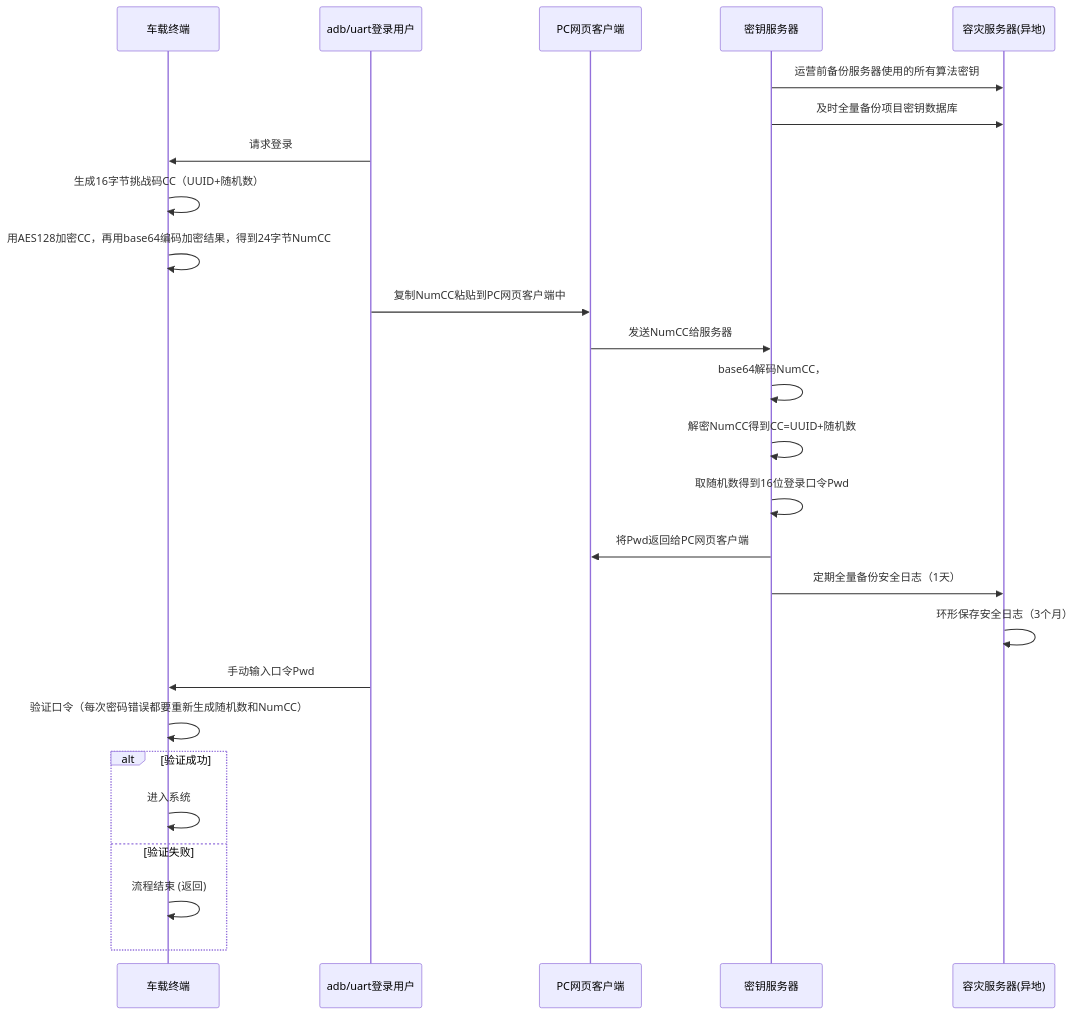
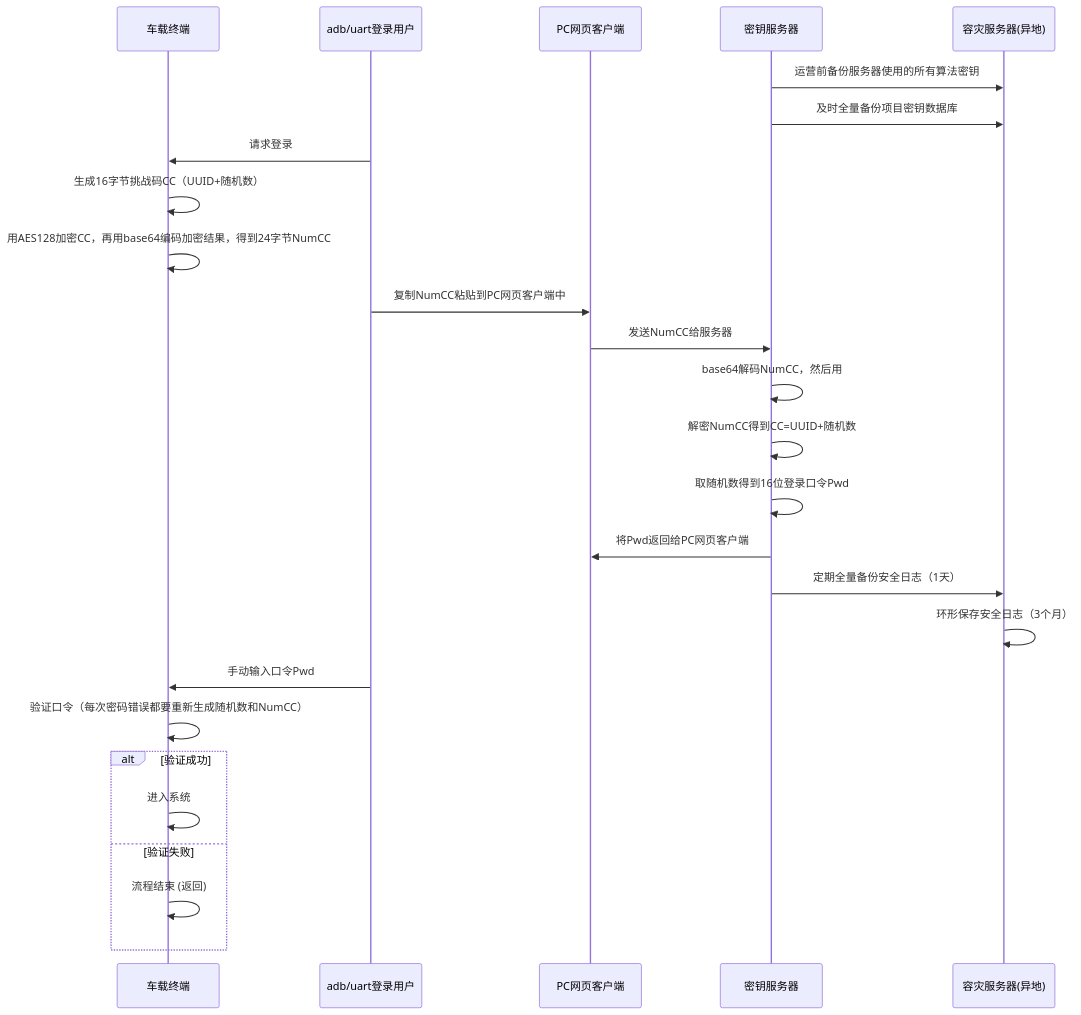
Before and after one commit to facebook-cloud/iodraw-files: the diagram in all/未命名-19.md, drawn with Mermaid.

Commit message:
2026-03-19 16:46:43 update

````diff
--- a/all/未命名-19.md
+++ b/all/未命名-19.md
@@ -1,33 +1,33 @@
 ```mermaid
 sequenceDiagram
     participant tbox as 车载终端
     participant user as adb/uart登录用户
     participant pc as PC网页客户端
     participant tech_center as 密钥服务器
     participant backup as 容灾服务器(异地)
   
     tech_center->>backup: 运营前备份服务器使用的所有算法密钥
     tech_center->>backup: 及时全量备份项目密钥数据库
 
     user->>tbox: 请求登录
     tbox->>tbox: 生成16字节挑战码CC（UUID+随机数）
     tbox->>tbox: 用AES128加密CC，再用base64编码加密结果，得到24字节NumCC
     user->>pc: 复制NumCC粘贴到PC网页客户端中
     pc->>tech_center: 发送NumCC给服务器
-    tech_center->>tech_center: base64解码NumCC，
+    tech_center->>tech_center: base64解码NumCC，然后用
     tech_center->>tech_center: 解密NumCC得到CC=UUID+随机数
     tech_center->>tech_center: 取随机数得到16位登录口令Pwd
     tech_center->>pc: 将Pwd返回给PC网页客户端
 
     tech_center->>backup: 定期全量备份安全日志（1天）
     backup->>backup: 环形保存安全日志（3个月）
     user->>tbox: 手动输入口令Pwd
     tbox->>tbox: 验证口令（每次密码错误都要重新生成随机数和NumCC）
     alt 验证成功
         tbox->>tbox: 进入系统
     else 验证失败
         tbox->>tbox: 流程结束 (返回)
     end
 
 
 ```
````
